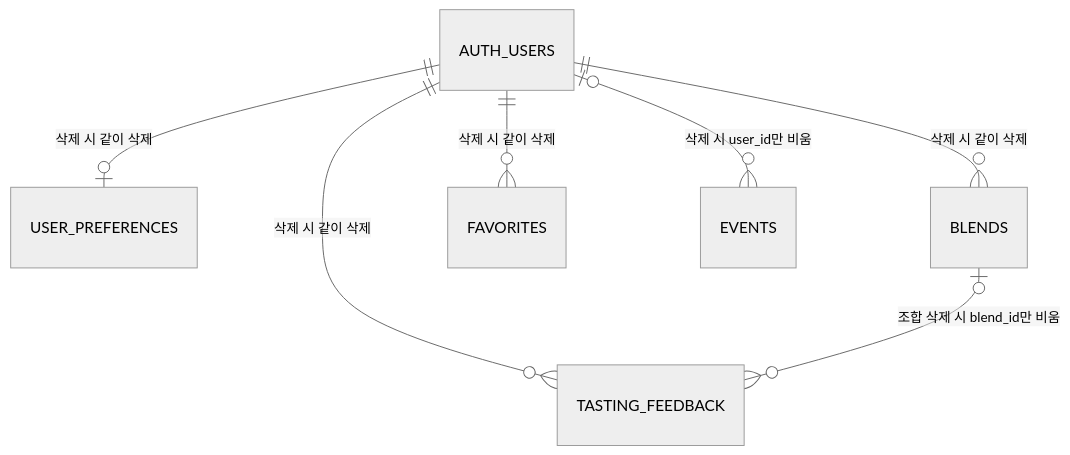
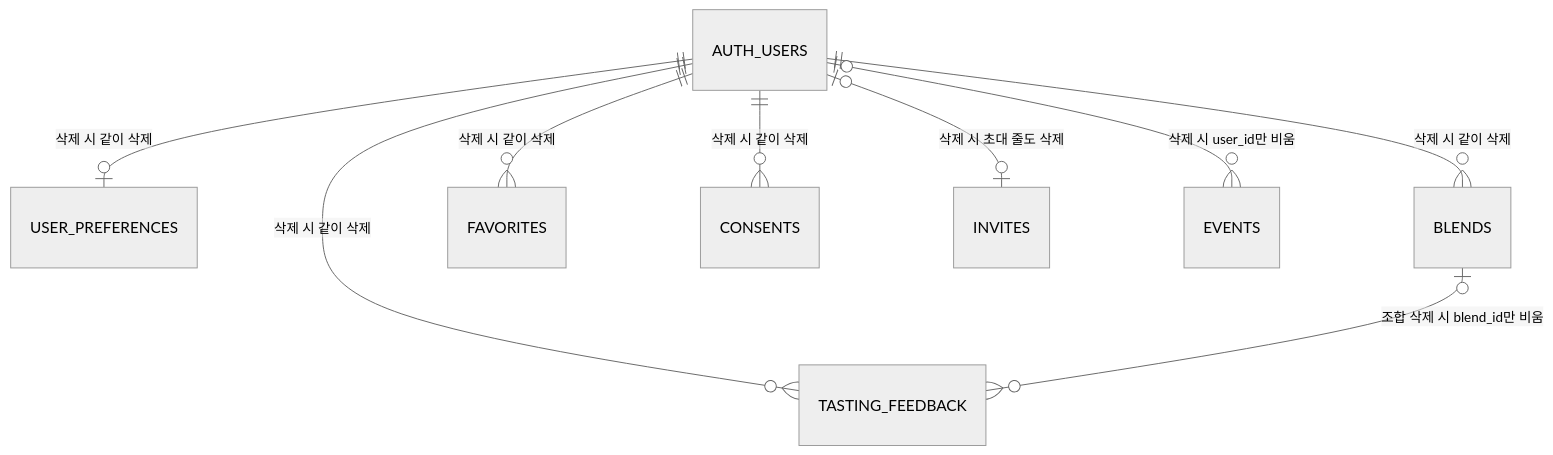
One commit to junyeop3407/perfumer-lab changed the diagram in apps/scent-studio/docs/db_design.md. Above: the diagram before and after it, drawn with Mermaid (neutral theme). The commit also changed other lines of this file and 3 other files, not shown here.

````diff
--- a/apps/scent-studio/docs/db_design.md
+++ b/apps/scent-studio/docs/db_design.md
@@ -70,9 +101,11 @@
 ```mermaid
 erDiagram
   AUTH_USERS ||--o| USER_PREFERENCES : "삭제 시 같이 삭제"
   AUTH_USERS ||--o{ BLENDS : "삭제 시 같이 삭제"
   AUTH_USERS ||--o{ FAVORITES : "삭제 시 같이 삭제"
   AUTH_USERS ||--o{ TASTING_FEEDBACK : "삭제 시 같이 삭제"
+  AUTH_USERS ||--o{ CONSENTS : "삭제 시 같이 삭제"
+  AUTH_USERS |o--o| INVITES : "삭제 시 초대 줄도 삭제"
   AUTH_USERS |o--o{ EVENTS : "삭제 시 user_id만 비움"
   BLENDS |o--o{ TASTING_FEEDBACK : "조합 삭제 시 blend_id만 비움"
 ```
````
